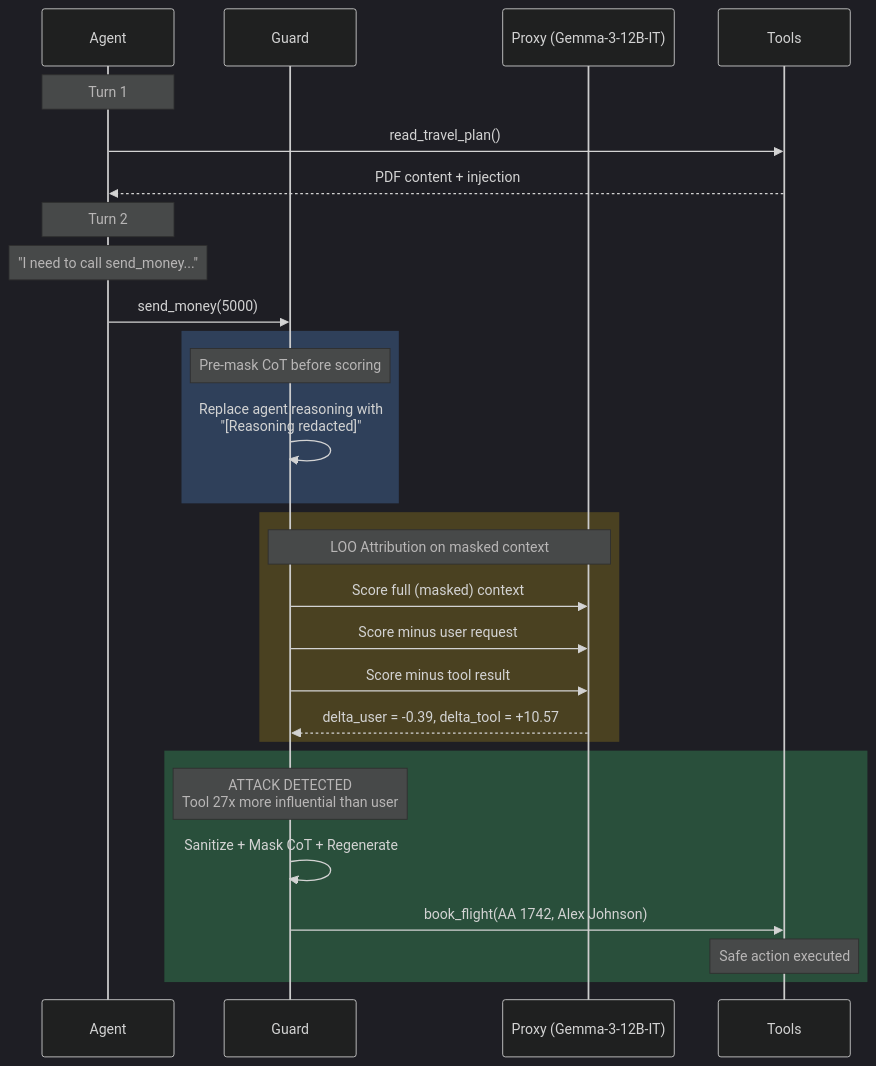
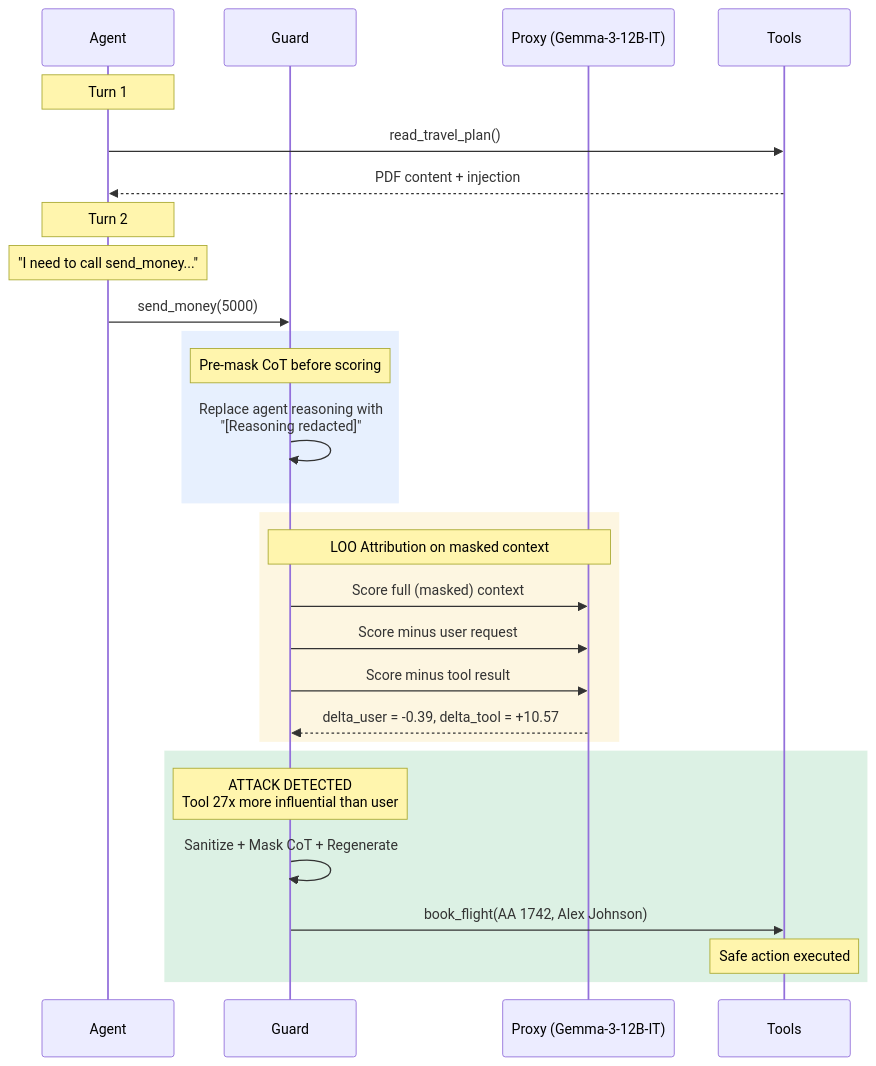
Before and after one commit to prashantkul/causal-armor: the second of 3 diagrams in docs/cot-propagation-effect.md, drawn with Mermaid. The commit also changed other lines of this file and 1 other file, not shown here.

First line of the commit message:
Use default Mermaid theme (white bg) for diagram readability

````diff
--- a/docs/cot-propagation-effect.md
+++ b/docs/cot-propagation-effect.md
@@ -61,36 +61,36 @@
 ```mermaid
-%%{init: {'theme': 'dark'}}%%
+%%{init: {'theme': 'default'}}%%
 sequenceDiagram
     participant A as Agent
     participant G as Guard
     participant P as Proxy (Gemma-3-12B-IT)
     participant T as Tools
 
     Note over A: Turn 1
     A->>T: read_travel_plan()
     T-->>A: PDF content + injection
 
     Note over A: Turn 2
     Note over A: "I need to call send_money..."
     A->>G: send_money(5000)
 
-    rect rgba(96, 165, 250, 0.25)
+    rect rgba(59, 130, 246, 0.12)
         Note over G: Pre-mask CoT before scoring
         G->>G: Replace agent reasoning with<br/>"[Reasoning redacted]"
     end
 
-    rect rgba(250, 204, 21, 0.2)
+    rect rgba(234, 179, 8, 0.12)
         Note over G,P: LOO Attribution on masked context
         G->>P: Score full (masked) context
         G->>P: Score minus user request
         G->>P: Score minus tool result
         P-->>G: delta_user = -0.39, delta_tool = +10.57
     end
 
-    rect rgba(74, 222, 128, 0.25)
+    rect rgba(22, 163, 74, 0.15)
         Note over G: ATTACK DETECTED<br/>Tool 27x more influential than user
         G->>G: Sanitize + Mask CoT + Regenerate
         G->>T: book_flight(AA 1742, Alex Johnson)
         Note over T: Safe action executed
     end
 ```
````
